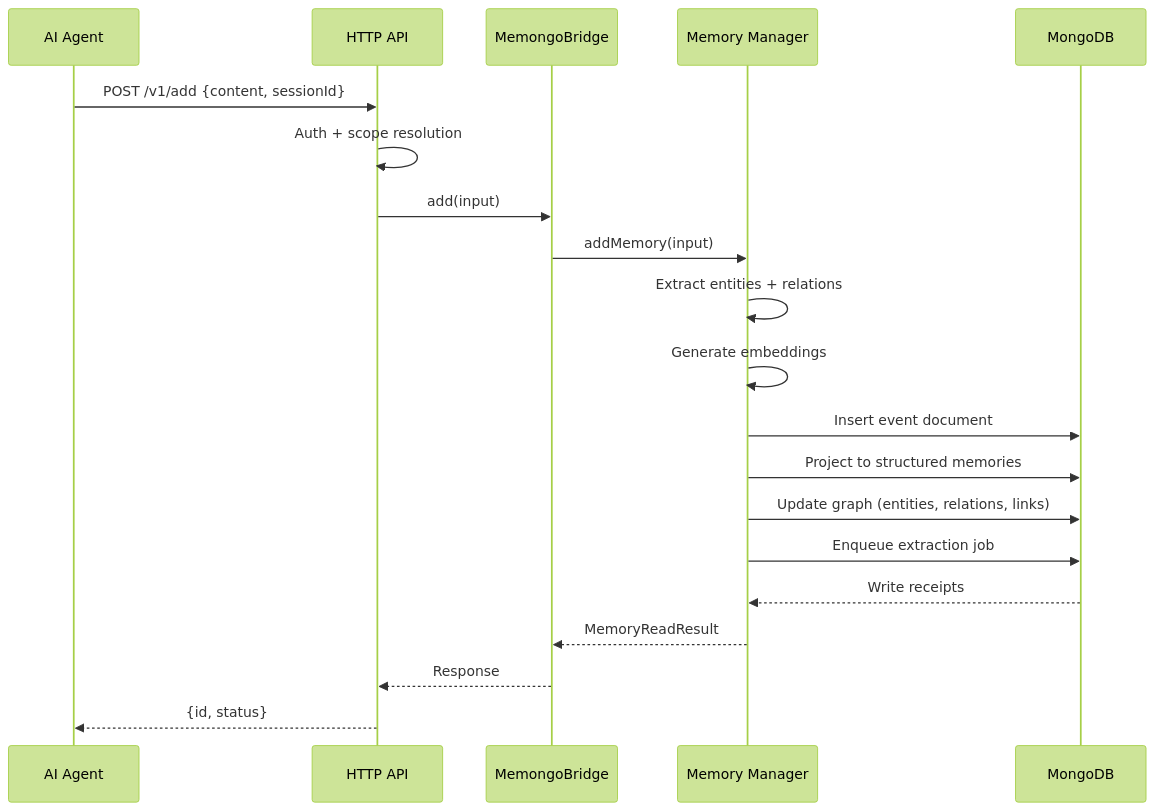
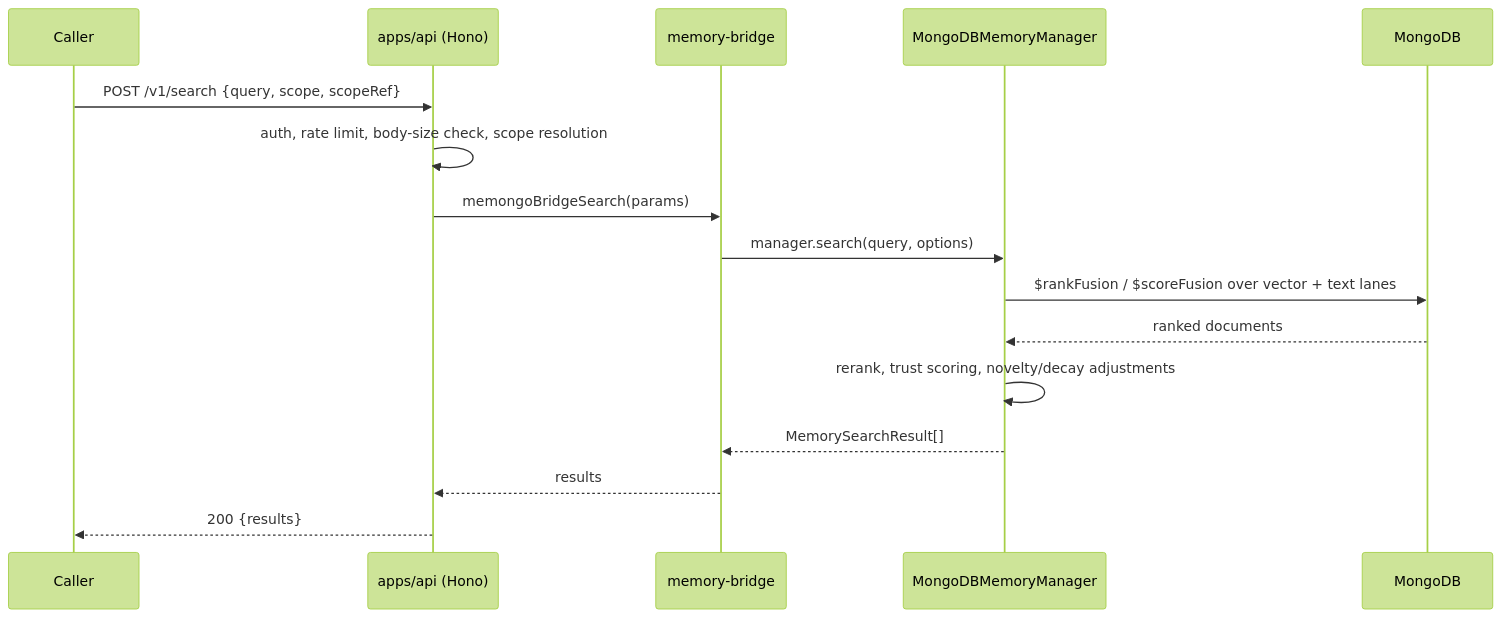
One commit to romiluz13/Memongo changed the second of 4 diagrams in droid-wiki/overview/architecture.md. Above: the diagram before and after it, drawn with Mermaid (forest theme). The commit also changed other lines of this file and 65 other files, not shown here.

````diff
--- a/droid-wiki/overview/architecture.md
+++ b/droid-wiki/overview/architecture.md
@@ -48,23 +36,19 @@
 ```mermaid
 sequenceDiagram
-    participant Agent as AI Agent
-    participant API as HTTP API
-    participant Bridge as MemongoBridge
-    participant Mgr as Memory Manager
+    participant Caller
+    participant API as apps/api (Hono)
+    participant Bridge as memory-bridge
+    participant Manager as MongoDBMemoryManager
     participant Mongo as MongoDB
 
-    Agent->>API: POST /v1/add {content, sessionId}
-    API->>API: Auth + scope resolution
-    API->>Bridge: add(input)
-    Bridge->>Mgr: addMemory(input)
-    Mgr->>Mgr: Extract entities + relations
-    Mgr->>Mgr: Generate embeddings
-    Mgr->>Mongo: Insert event document
-    Mgr->>Mongo: Project to structured memories
-    Mgr->>Mongo: Update graph (entities, relations, links)
-    Mgr->>Mongo: Enqueue extraction job
-    Mongo-->>Mgr: Write receipts
-    Mgr-->>Bridge: MemoryReadResult
-    Bridge-->>API: Response
-    API-->>Agent: {id, status}
+    Caller->>API: POST /v1/search {query, scope, scopeRef}
+    API->>API: auth, rate limit, body-size check, scope resolution
+    API->>Bridge: memongoBridgeSearch(params)
+    Bridge->>Manager: manager.search(query, options)
+    Manager->>Mongo: $rankFusion / $scoreFusion over vector + text lanes
+    Mongo-->>Manager: ranked documents
+    Manager->>Manager: rerank, trust scoring, novelty/decay adjustments
+    Manager-->>Bridge: MemorySearchResult[]
+    Bridge-->>API: results
+    API-->>Caller: 200 {results}
 ```
````
